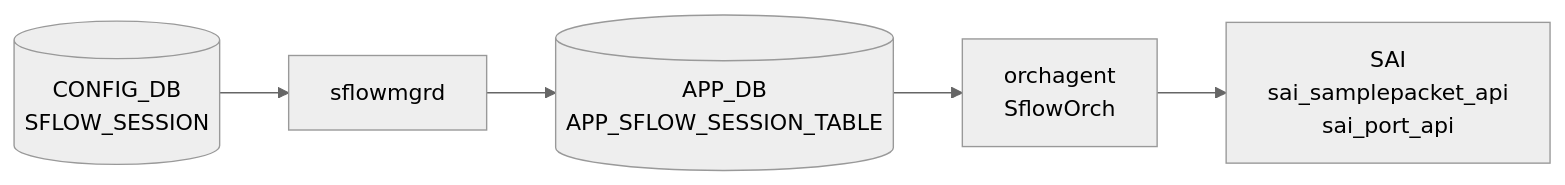
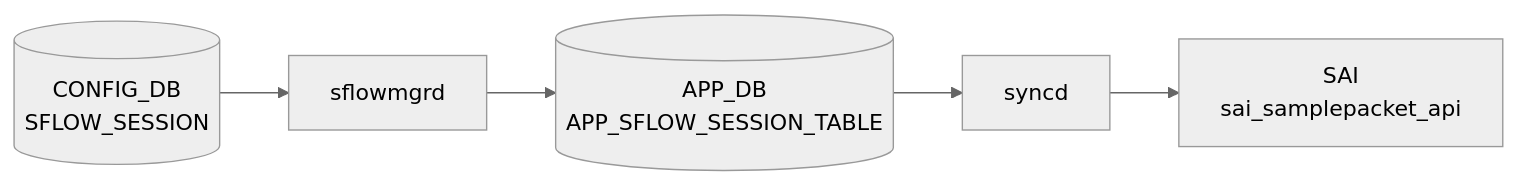
The diagram in docs/reference/config-db/sflow-session.md (aoki-taquan/sonic-unofficial-docs), drawn with Mermaid (neutral theme) before and after one commit. The commit also changed other lines of this file and 359 other files, not shown here.

````diff
--- a/docs/reference/config-db/sflow-session.md
+++ b/docs/reference/config-db/sflow-session.md
@@ -32,12 +32,12 @@
 ```mermaid
 flowchart LR
   CDB[("CONFIG_DB<br/>SFLOW_SESSION")]
   DM["sflowmgrd"]
   CDB --> DM
   APPDB[("APP_DB<br/>APP_SFLOW_SESSION_TABLE")]
   DM --> APPDB
-  ORCH["orchagent<br/>SflowOrch"]
-  APPDB --> ORCH
-  SAI["SAI<br/>sai_samplepacket_api<br/>sai_port_api"]
-  ORCH --> SAI
+  SYNCD["syncd"]
+  APPDB --> SYNCD
+  SAI["SAI<br/>sai_samplepacket_api"]
+  SYNCD --> SAI
 ```
````
